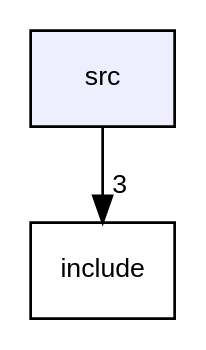
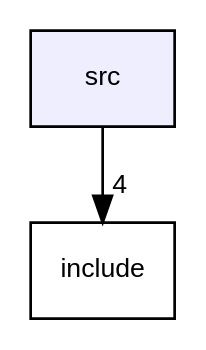
One commit to Eric-Durr/PRCT06-AES changed the diagram in docs/dir_68267d1309a1af8e8297ef4c3efbcdba_dep.dot. Above: the diagram before and after it, drawn with Graphviz. The commit also changed 153 other files, not shown here.

```diff
--- a/docs/dir_68267d1309a1af8e8297ef4c3efbcdba_dep.dot
+++ b/docs/dir_68267d1309a1af8e8297ef4c3efbcdba_dep.dot
@@ -1,8 +1,8 @@
 digraph "src" {
   compound=true
   node [ fontsize="10", fontname="Helvetica"];
   edge [ labelfontsize="10", labelfontname="Helvetica"];
   dir_68267d1309a1af8e8297ef4c3efbcdba [shape=box, label="src", style="filled", fillcolor="#eeeeff", pencolor="black", URL="dir_68267d1309a1af8e8297ef4c3efbcdba.html"];
   dir_d44c64559bbebec7f509842c48db8b23 [shape=box label="include" URL="dir_d44c64559bbebec7f509842c48db8b23.html"];
-  dir_68267d1309a1af8e8297ef4c3efbcdba->dir_d44c64559bbebec7f509842c48db8b23 [headlabel="3", labeldistance=1.5 headhref="dir_000001_000000.html"];
+  dir_68267d1309a1af8e8297ef4c3efbcdba->dir_d44c64559bbebec7f509842c48db8b23 [headlabel="4", labeldistance=1.5 headhref="dir_000001_000000.html"];
 }
```
